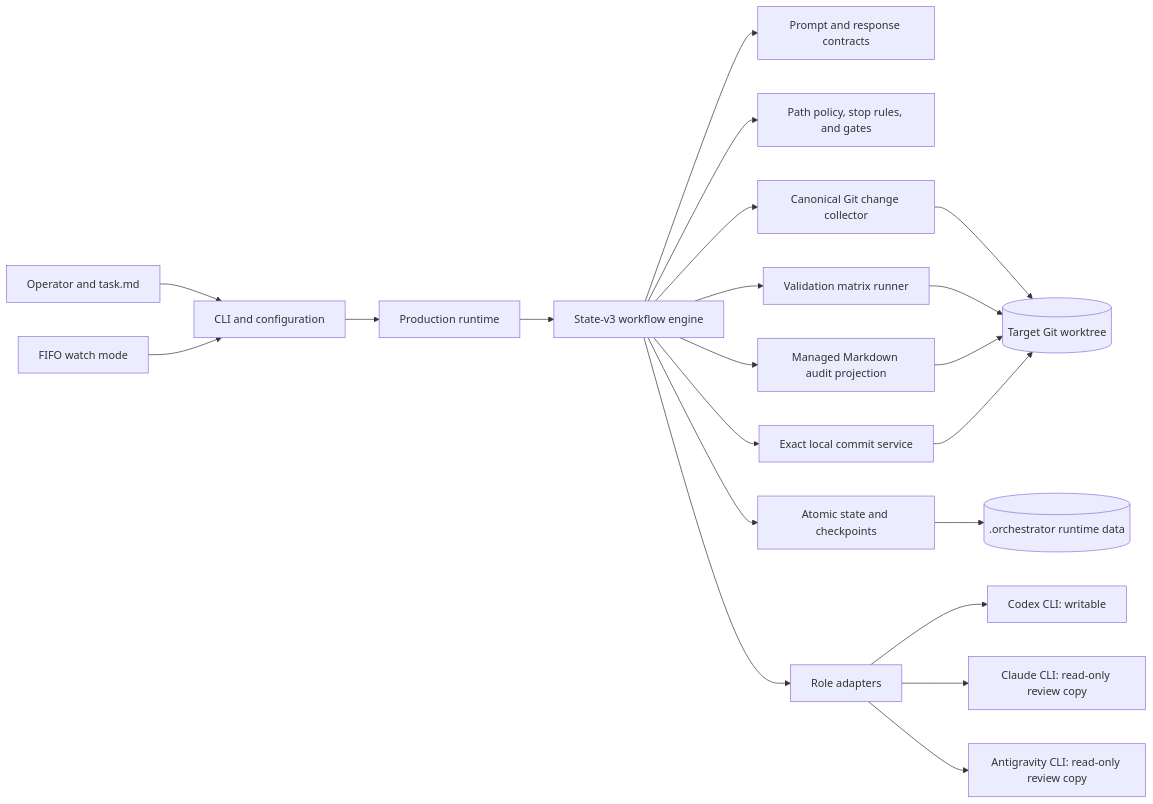
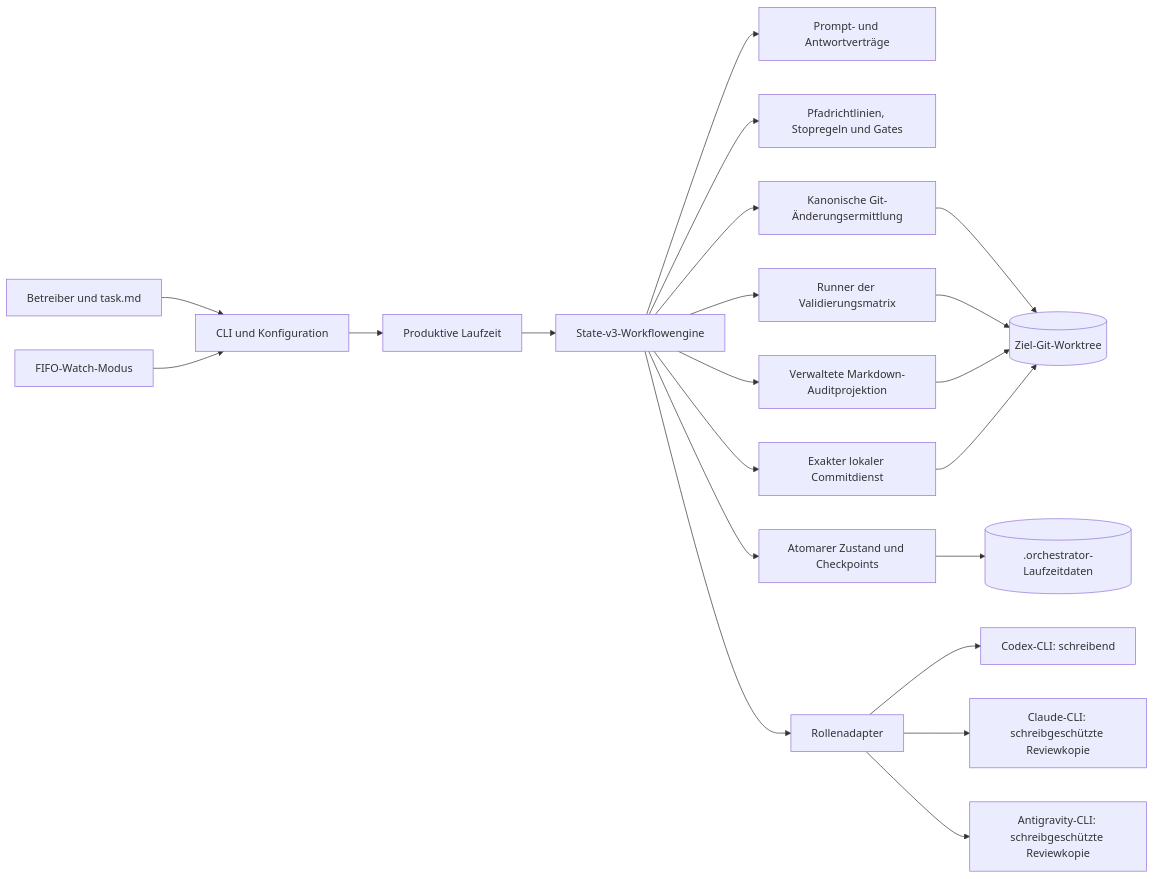
The first of 2 diagrams in docs/reference/architecture-and-domain-concept.md (dieteresser62-lab/Dual-Agent-Orchestrator), drawn with Mermaid before and after one commit. The commit also changed other lines of this file and 6 other files, not shown here.

````diff
--- a/docs/reference/architecture-and-domain-concept.md
+++ b/docs/reference/architecture-and-domain-concept.md
@@ -114,26 +114,26 @@
 ```mermaid
 flowchart LR
-    User[Operator and task.md] --> CLI[CLI and configuration]
-    Watch[FIFO watch mode] --> CLI
-    CLI --> Runtime[Production runtime]
-    Runtime --> Engine[State-v3 workflow engine]
+    User[Betreiber und task.md] --> CLI[CLI und Konfiguration]
+    Watch[FIFO-Watch-Modus] --> CLI
+    CLI --> Runtime[Produktive Laufzeit]
+    Runtime --> Engine[State-v3-Workflowengine]
 
-    Engine --> Contracts[Prompt and response contracts]
-    Engine --> Policy[Path policy, stop rules, and gates]
-    Engine --> Changes[Canonical Git change collector]
-    Engine --> Validation[Validation matrix runner]
-    Engine --> State[Atomic state and checkpoints]
-    Engine --> Audit[Managed Markdown audit projection]
-    Engine --> Commit[Exact local commit service]
+    Engine --> Contracts[Prompt- und Antwortverträge]
+    Engine --> Policy[Pfadrichtlinien, Stopregeln und Gates]
+    Engine --> Changes[Kanonische Git-Änderungsermittlung]
+    Engine --> Validation[Runner der Validierungsmatrix]
+    Engine --> State[Atomarer Zustand und Checkpoints]
+    Engine --> Audit[Verwaltete Markdown-Auditprojektion]
+    Engine --> Commit[Exakter lokaler Commitdienst]
 
-    Engine --> Adapters[Role adapters]
-    Adapters --> Codex[Codex CLI: writable]
-    Adapters --> Claude[Claude CLI: read-only review copy]
-    Adapters --> Anti[Antigravity CLI: read-only review copy]
+    Engine --> Adapters[Rollenadapter]
+    Adapters --> Codex[Codex-CLI: schreibend]
+    Adapters --> Claude[Claude-CLI: schreibgeschützte Reviewkopie]
+    Adapters --> Anti[Antigravity-CLI: schreibgeschützte Reviewkopie]
 
-    Changes --> Repo[(Target Git worktree)]
+    Changes --> Repo[(Ziel-Git-Worktree)]
     Validation --> Repo
-    State --> RuntimeData[(.orchestrator runtime data)]
+    State --> RuntimeData[(.orchestrator-Laufzeitdaten)]
     Audit --> Repo
     Commit --> Repo
 ```
````
